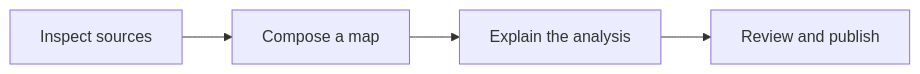
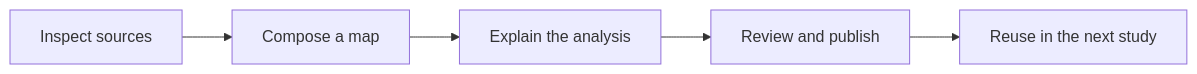
One commit to categori-se/opengeo-community changed the diagram in docs/community-workflow.md. Above: the diagram before and after it, drawn with Mermaid. The commit also changed other lines of this file and 315 other files, not shown here.

````diff
--- a/docs/community-workflow.md
+++ b/docs/community-workflow.md
@@ -13,6 +19,7 @@
 ```mermaid
 flowchart LR
     A["Inspect sources"] --> B["Compose a map"]
     B --> C["Explain the analysis"]
     C --> D["Review and publish"]
+    D --> E["Reuse in the next study"]
 ```
````
